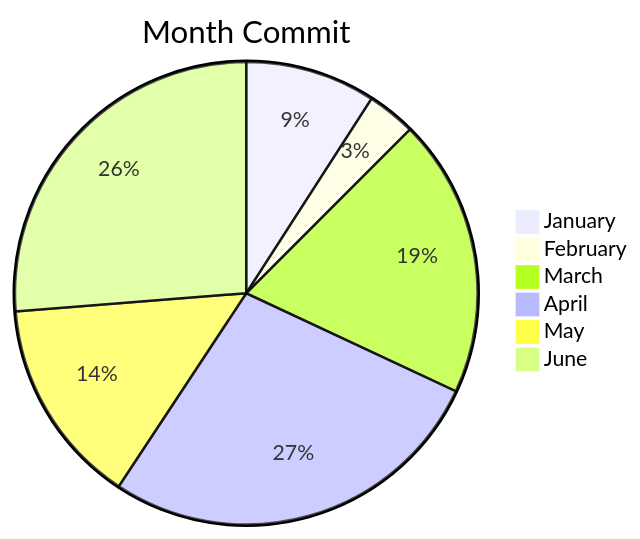
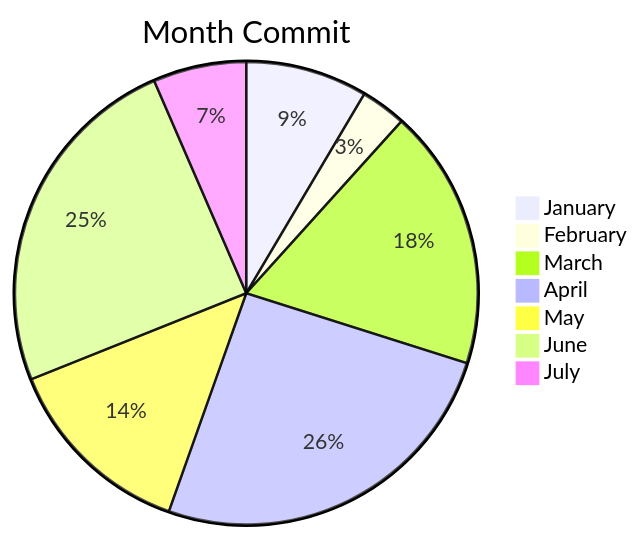
The first of 2 diagrams in README.md (BackdevHong/WOC), drawn with Mermaid before and after one commit. The commit also changed other lines of this file, not shown here.

````diff
--- a/README.md
+++ b/README.md
@@ -12,9 +13,10 @@
 ```mermaid
 pie title Month Commit
     "January" : 51
     "February" : 19
     "March" : 109
     "April" : 153
     "May" : 81
     "June" : 147
+    "July" : 39
 ```
````
